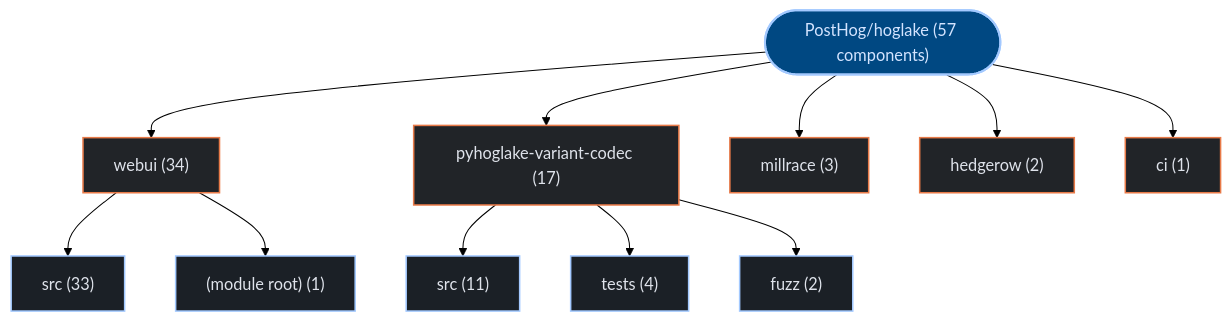
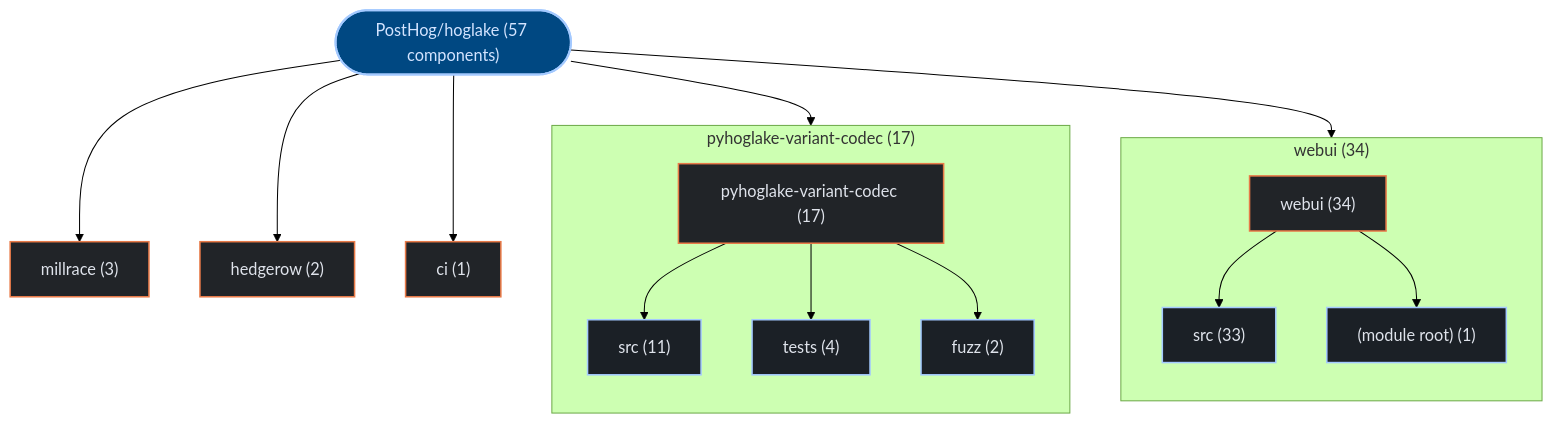
Before and after one commit to kumarshaz/atruss-code-atlas: the first of 3 diagrams in exports/latest/reports/PostHog-hoglake-report.md, drawn with Mermaid (forest theme). The commit also changed 178 other files, not shown here.

Commit message:
feat(ui,mermaid): upgrade to mermaid v12 + ELK layout, add orgs-summary + pagination, subgraph building blocks, fix tab alignment

````diff
--- a/exports/latest/reports/PostHog-hoglake-report.md
+++ b/exports/latest/reports/PostHog-hoglake-report.md
@@ -42,31 +42,37 @@
 ```mermaid
 graph TD;
   classDef atlasRoot fill:#004882,stroke:#a3c9ff,stroke-width:2px,color:#d3e4ff
   classDef atlasCategory fill:#212428,stroke:#E87A48,stroke-width:1.5px,color:#dfe3eb
   classDef atlasWorkflow fill:#1b2026,stroke:#a3c9ff,stroke-width:1.5px,color:#dfe3eb
   classDef atlasJob fill:#171c22,stroke:#8d9199,stroke-width:1px,color:#dfe3eb
   classDef atlasTarget fill:#005227,stroke:#8bd99b,stroke-width:1.5px,color:#a7f6b6
   classDef atlasAlert fill:#93000a,stroke:#ffb4ab,stroke-width:1.5px,color:#ffdad6
   classDef atlasMore fill:#252a31,stroke:#8d9199,stroke-dasharray:4 4,color:#c3c6cf
     repo_root(["PostHog/hoglake (57 components)"]):::atlasRoot
-    dir_0_webui["webui (34)"]:::atlasCategory
+    subgraph sg_dir_0_webui["webui (34)"]
+      direction TB
+      dir_0_webui["webui (34)"]:::atlasCategory
+      sub_0_0_src["src (33)"]:::atlasWorkflow
+      dir_0_webui --> sub_0_0_src
+      sub_0_1__module_root_["(module root) (1)"]:::atlasWorkflow
+      dir_0_webui --> sub_0_1__module_root_
+    end
     repo_root --> dir_0_webui
-    sub_0_0_src["src (33)"]:::atlasWorkflow
-    dir_0_webui --> sub_0_0_src
-    sub_0_1__module_root_["(module root) (1)"]:::atlasWorkflow
-    dir_0_webui --> sub_0_1__module_root_
-    dir_1_pyhoglake_variant_codec["pyhoglake-variant-codec (17)"]:::atlasCategory
+    subgraph sg_dir_1_pyhoglake_variant_codec["pyhoglake-variant-codec (17)"]
+      direction TB
+      dir_1_pyhoglake_variant_codec["pyhoglake-variant-codec (17)"]:::atlasCategory
+      sub_1_0_src["src (11)"]:::atlasWorkflow
+      dir_1_pyhoglake_variant_codec --> sub_1_0_src
+      sub_1_1_tests["tests (4)"]:::atlasWorkflow
+      dir_1_pyhoglake_variant_codec --> sub_1_1_tests
+      sub_1_2_fuzz["fuzz (2)"]:::atlasWorkflow
+      dir_1_pyhoglake_variant_codec --> sub_1_2_fuzz
+    end
     repo_root --> dir_1_pyhoglake_variant_codec
-    sub_1_0_src["src (11)"]:::atlasWorkflow
-    dir_1_pyhoglake_variant_codec --> sub_1_0_src
-    sub_1_1_tests["tests (4)"]:::atlasWorkflow
-    dir_1_pyhoglake_variant_codec --> sub_1_1_tests
-    sub_1_2_fuzz["fuzz (2)"]:::atlasWorkflow
-    dir_1_pyhoglake_variant_codec --> sub_1_2_fuzz
     dir_2_millrace["millrace (3)"]:::atlasCategory
     repo_root --> dir_2_millrace
     dir_3_hedgerow["hedgerow (2)"]:::atlasCategory
     repo_root --> dir_3_hedgerow
     dir_4_ci["ci (1)"]:::atlasCategory
     repo_root --> dir_4_ci
 ```
````
